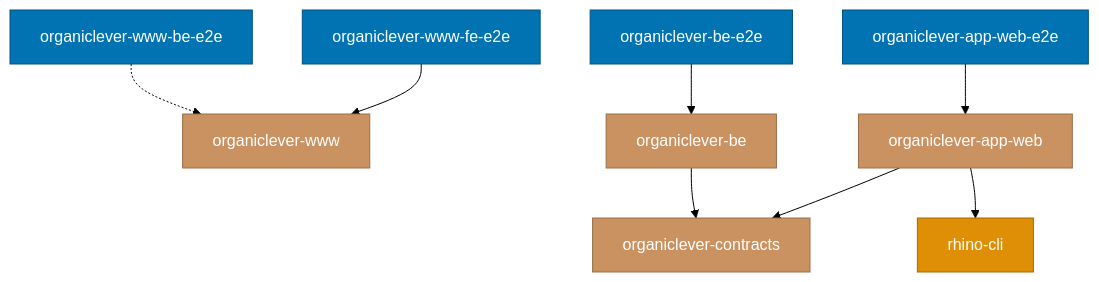
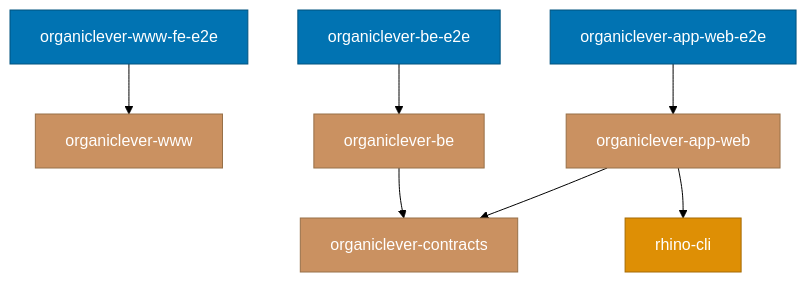
One commit to wahidyankf/open-sharia-fintech changed the second of 2 diagrams in docs/reference/project-dependency-graph.md. Above: the diagram before and after it, drawn with Mermaid (forest theme). The commit also changed other lines of this file and 2403 other files, not shown here.

````diff
--- a/docs/reference/project-dependency-graph.md
+++ b/docs/reference/project-dependency-graph.md
@@ -75,34 +75,32 @@
 ```mermaid
 graph TD
   %% E2E tests (top level)
   OLWWWFEE2E[organiclever-www-fe-e2e]
-  OLWWWBEE2E[organiclever-www-be-e2e]
   OLAPPE2E[organiclever-app-web-e2e]
   OLBE2E[organiclever-be-e2e]
 
   %% Apps
   OLWWW[organiclever-www]
   OLAPP[organiclever-app-web]
   OLB[organiclever-be]
 
   %% Shared
   OLC[organiclever-contracts]
   RC[rhino-cli]
 
   %% Edges
   OLWWWFEE2E --> OLWWW
-  OLWWWBEE2E -.-> OLWWW
   OLAPPE2E --> OLAPP
   OLBE2E --> OLB
   OLAPP --> OLC
   OLAPP --> RC
   OLB --> OLC
 
   classDef cli fill:#DE8F05,stroke:#A56A04,color:#FFFFFF
   classDef product fill:#CA9161,stroke:#977048,color:#FFFFFF
   classDef e2e fill:#0173B2,stroke:#01537F,color:#FFFFFF
 
   class RC cli
   class OLWWW,OLAPP,OLB,OLC product
-  class OLWWWFEE2E,OLWWWBEE2E,OLAPPE2E,OLBE2E e2e
+  class OLWWWFEE2E,OLAPPE2E,OLBE2E e2e
 ```
````
